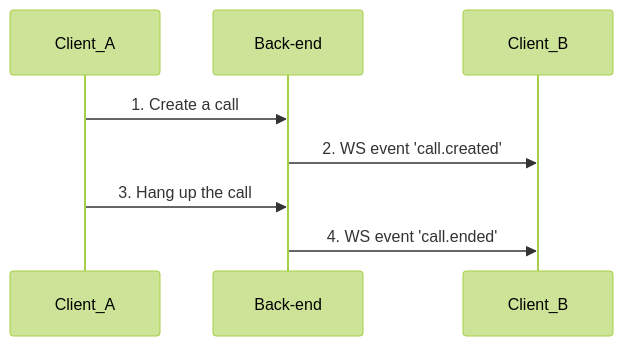
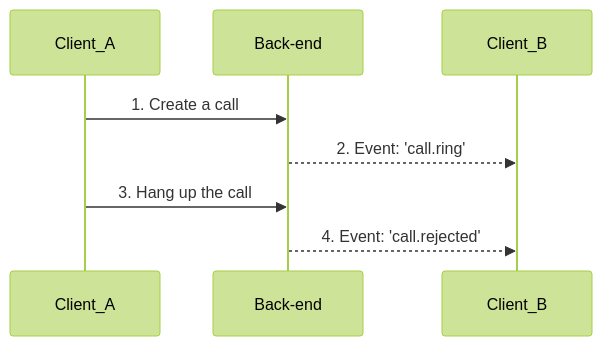
One commit to GetStream/stream-video-js changed the third of 3 diagrams in packages/react-sdk/docusaurus/docs/React/02-guides/02-call-lifecycle.mdx. Above: the diagram before and after it, drawn with Mermaid (forest theme). The commit also changed other lines of this file and 4 other files, not shown here.

Commit message:
docs: update call lifecycle and ring call docs

````diff
--- a/packages/react-sdk/docusaurus/docs/React/02-guides/02-call-lifecycle.mdx
+++ b/packages/react-sdk/docusaurus/docs/React/02-guides/02-call-lifecycle.mdx
@@ -156,10 +198,10 @@
 ```mermaid
 sequenceDiagram
     participant Client_A
     participant Back-end
     participant Client_B
     Client_A->>Back-end: 1. Create a call
-    Back-end->>Client_B: 2. WS event 'call.created'
+    Back-end-->>Client_B: 2. Event: 'call.ring'
     Client_A->>Back-end: 3. Hang up the call
-    Back-end->>Client_B: 4. WS event 'call.ended'
+    Back-end-->>Client_B: 4. Event: 'call.rejected'
 ```
````
